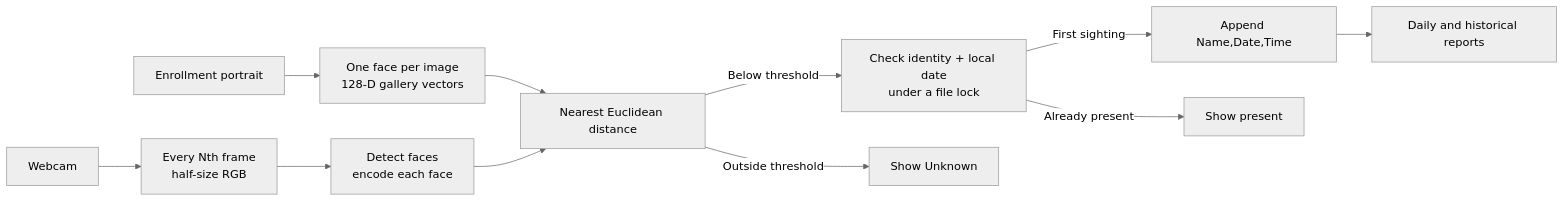
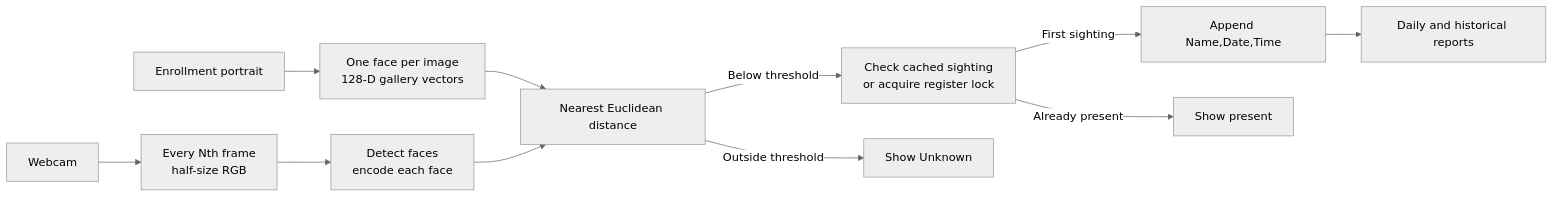
One commit to pial-paul/iDetectFace changed the diagram in README.md. Above: the diagram before and after it, drawn with Mermaid (neutral theme). The commit also changed other lines of this file and 7 other files, not shown here.

````diff
--- a/README.md
+++ b/README.md
@@ -9,13 +9,13 @@
 ```mermaid
 flowchart LR
     P["Enrollment portrait"] --> G["One face per image<br/>128-D gallery vectors"]
     C["Webcam"] --> F["Every Nth frame<br/>half-size RGB"]
     F --> D["Detect faces<br/>encode each face"]
     G --> M["Nearest Euclidean distance"]
     D --> M
-    M -->|"Below threshold"| A["Check identity + local date<br/>under a file lock"]
+    M -->|"Below threshold"| A["Check cached sighting<br/>or acquire register lock"]
     M -->|"Outside threshold"| U["Show Unknown"]
     A -->|"First sighting"| W["Append Name,Date,Time"]
     A -->|"Already present"| S["Show present"]
     W --> R["Daily and historical reports"]
 ```
````
